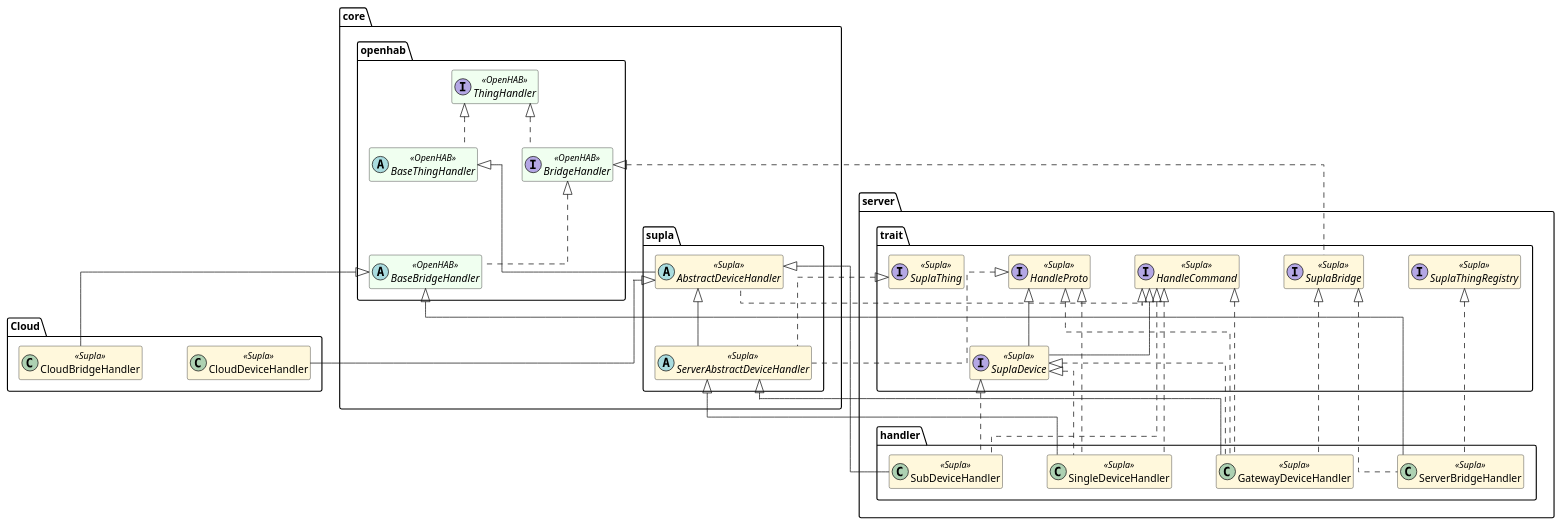
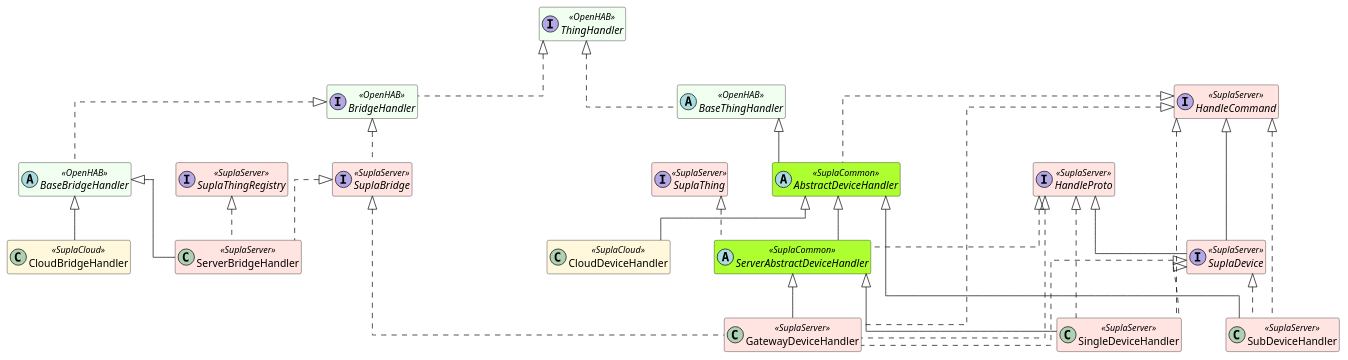
The diagram in puml/handler-inheritance.puml (magx2/openhab-supla), drawn with PlantUML before and after one commit.

Commit message:
Remove packages

```diff
--- a/puml/handler-inheritance.puml
+++ b/puml/handler-inheritance.puml
@@ -1,86 +1,77 @@
 @startuml
 skinparam classAttributeIconSize 0
 skinparam linetype ortho
 skinparam nodesep 60
 skinparam ranksep 60
 hide empty members
 
 ' Keep the most-shared abstractions visually at the top
 top to bottom direction
 
 skinparam class {
 BackgroundColor<<OpenHAB>> HoneyDew
-BackgroundColor<<Supla>> Cornsilk
+BackgroundColor<<SuplaCloud>> Cornsilk
+BackgroundColor<<SuplaServer>> MistyRose
+BackgroundColor<<SuplaCommon>> GreenYellow
 }
 
 ' Anchor heavily used OpenHAB and Supla abstractions on the top rank
-package core.openhab {
 interface ThingHandler <<OpenHAB>>
 interface BridgeHandler <<OpenHAB>>
 abstract class BaseThingHandler <<OpenHAB>>
 abstract class BaseBridgeHandler <<OpenHAB>>
-}
 
-package core.supla {
-abstract class AbstractDeviceHandler <<Supla>>
-abstract class ServerAbstractDeviceHandler <<Supla>>
-}
+abstract class AbstractDeviceHandler <<SuplaCommon>>
+abstract class ServerAbstractDeviceHandler <<SuplaCommon>>
 
-package server.trait {
-interface HandleCommand <<Supla>>
-interface HandleProto <<Supla>>
-interface SuplaDevice <<Supla>>
-interface SuplaThing <<Supla>>
-interface SuplaThingRegistry <<Supla>>
-interface SuplaBridge <<Supla>>
-}
+interface HandleCommand <<SuplaServer>>
+interface HandleProto <<SuplaServer>>
+interface SuplaDevice <<SuplaServer>>
+interface SuplaThing <<SuplaServer>>
+interface SuplaThingRegistry <<SuplaServer>>
+interface SuplaBridge <<SuplaServer>>
 
+class GatewayDeviceHandler <<SuplaServer>>
+class SingleDeviceHandler <<SuplaServer>>
+class SubDeviceHandler <<SuplaServer>>
+class ServerBridgeHandler <<SuplaServer>>
 
-package server.handler {
-class GatewayDeviceHandler <<Supla>>
-class SingleDeviceHandler <<Supla>>
-class SubDeviceHandler <<Supla>>
-class ServerBridgeHandler <<Supla>>
-}
-
-package "Cloud" {
-class CloudBridgeHandler <<Supla>>
-class CloudDeviceHandler <<Supla>>
-}
+class CloudBridgeHandler <<SuplaCloud>>
+class CloudDeviceHandler <<SuplaCloud>>
 
 ' OpenHAB core relationships
 ThingHandler <|.. BaseThingHandler
 ThingHandler <|.. BridgeHandler
 BridgeHandler <|.. BaseBridgeHandler
 
 ' Device handler relationships
 BaseThingHandler <|-- AbstractDeviceHandler
 AbstractDeviceHandler <|-- ServerAbstractDeviceHandler
 AbstractDeviceHandler <|-- SubDeviceHandler
 AbstractDeviceHandler <|-- CloudDeviceHandler
 ServerAbstractDeviceHandler <|-- GatewayDeviceHandler
 ServerAbstractDeviceHandler <|-- SingleDeviceHandler
 
 ' Supla trait implementations (device side)
 HandleCommand <|.. AbstractDeviceHandler
 HandleCommand <|.. SubDeviceHandler
 HandleCommand <|.. SingleDeviceHandler
 HandleCommand <|.. GatewayDeviceHandler
 HandleProto <|.. ServerAbstractDeviceHandler
 HandleProto <|.. SingleDeviceHandler
 HandleProto <|.. GatewayDeviceHandler
 HandleCommand <|-- SuplaDevice
 HandleProto <|-- SuplaDevice
 SuplaDevice <|.. SubDeviceHandler
 SuplaDevice <|.. SingleDeviceHandler
 SuplaDevice <|.. GatewayDeviceHandler
 SuplaThing <|.. ServerAbstractDeviceHandler
 
 ' Bridge handler relationships
 BaseBridgeHandler <|-- CloudBridgeHandler
 BaseBridgeHandler <|-- ServerBridgeHandler
 BridgeHandler <|.. SuplaBridge
 SuplaBridge <|.. GatewayDeviceHandler
 SuplaBridge <|.. ServerBridgeHandler
 SuplaThingRegistry <|.. ServerBridgeHandler
 @enduml
```
